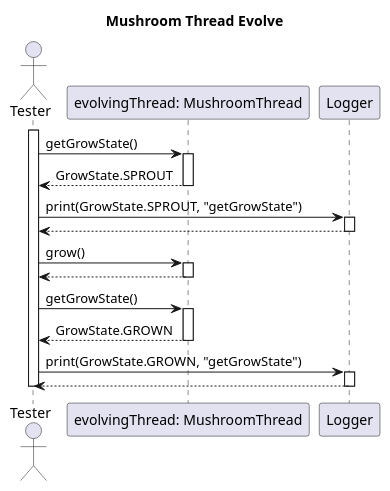
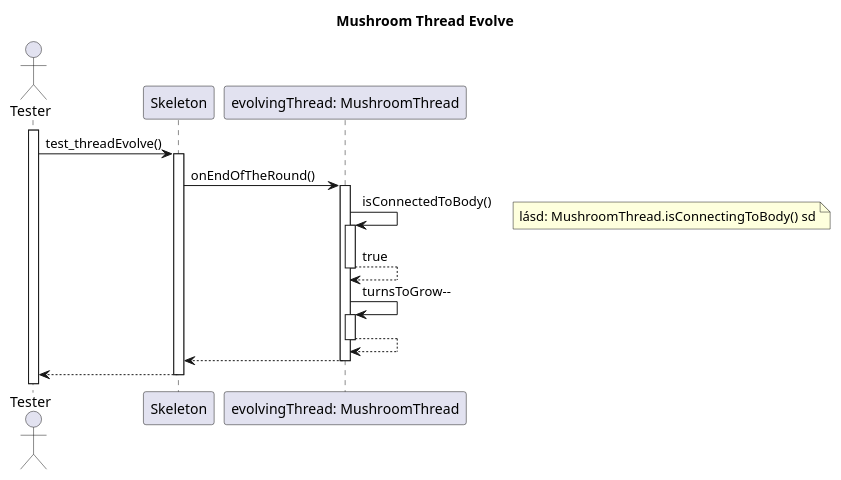
Before and after one commit to dzsem/projlab: the diagram in diagrams/test-sequence/mushroom/mushroomThreadEvolve.wsd, drawn with PlantUML.

Commit message:
Fixed mushroomThreadEvolve

```diff
--- a/diagrams/test-sequence/mushroom/mushroomThreadEvolve.wsd
+++ b/diagrams/test-sequence/mushroom/mushroomThreadEvolve.wsd
@@ -1,38 +1,34 @@
 @startuml Mushroom Thread Evolve
 
 title Mushroom Thread Evolve
 
 actor "Tester" as tester
+participant "Skeleton" as skeleton
+
 participant "evolvingThread: MushroomThread" as emt
-participant "Logger" as logger 
 
 activate tester
+tester -> skeleton: test_threadEvolve()
+activate skeleton
 
-tester -> emt: getGrowState()
+skeleton -> emt: onEndOfTheRound()
 activate emt
-emt --> tester: GrowState.SPROUT 
+
+emt -> emt: isConnectedToBody()
+activate emt
+note right: lásd: MushroomThread.isConnectingToBody() sd 
+emt --> emt: true
 deactivate emt
 
-tester -> logger: print(GrowState.SPROUT, "getGrowState")
-activate logger
-logger --> tester
-deactivate logger
-
-tester -> emt: grow() 
+emt -> emt: turnsToGrow--
 activate emt
-emt --> tester
+emt --> emt
 deactivate emt
 
-tester -> emt: getGrowState()
-activate emt
-emt --> tester: GrowState.GROWN 
+emt --> skeleton
 deactivate emt
 
-tester -> logger: print(GrowState.GROWN, "getGrowState")
-activate logger
-logger --> tester
-deactivate logger
-
-deactivate tester
+skeleton --> tester
+deactivate skeleton
 
 @enduml
```
